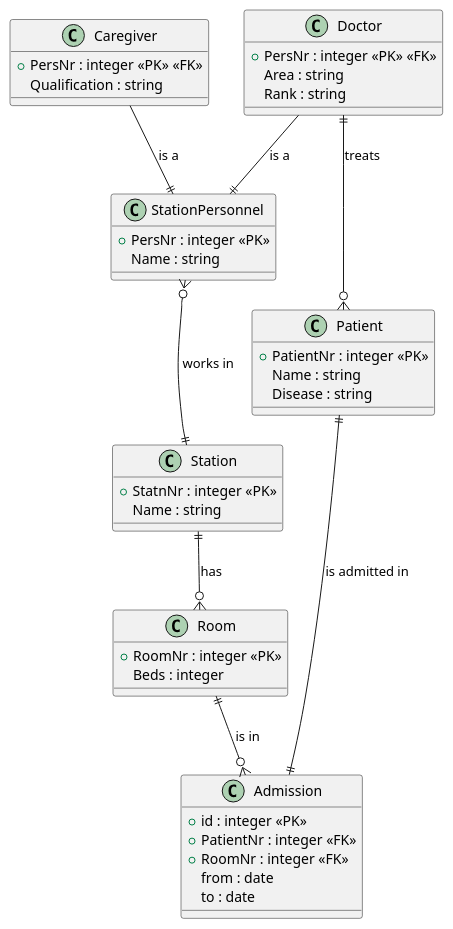
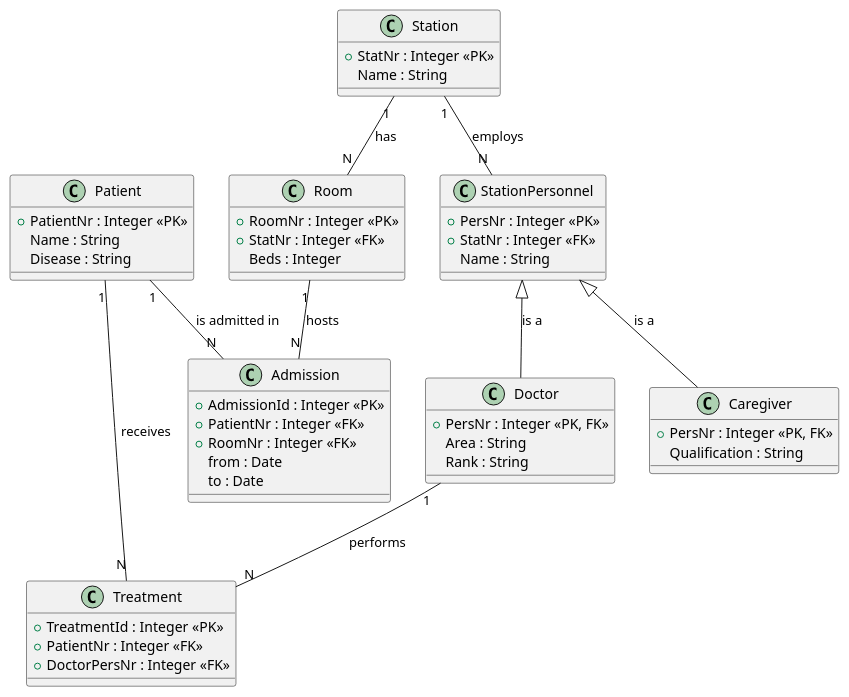
Before and after one commit to aspisov/Courses: the diagram in hse_databases/hw3/3.plantuml, drawn with PlantUML. The commit also changed 2831 other files, not shown here.

```diff
--- a/hse_databases/hw3/3.plantuml
+++ b/hse_databases/hw3/3.plantuml
@@ -1,51 +1,60 @@
 @startuml Hospital
 
 class Patient {
-    +PatientNr : integer <<PK>>
-    Name : string
-    Disease : string
+    +PatientNr : Integer <<PK>>
+    Name : String
+    Disease : String
 }
 
 class Room {
-    +RoomNr : integer <<PK>>
-    Beds : integer
+    +RoomNr : Integer <<PK>>
+    +StatNr : Integer <<FK>>
+    Beds : Integer
 }
 
 class Station {
-    +StatnNr : integer <<PK>>
-    Name : string
+    +StatNr : Integer <<PK>>
+    Name : String
 }
 
 class StationPersonnel {
-    +PersNr : integer <<PK>>
-    Name : string
+    +PersNr : Integer <<PK>>
+    +StatNr : Integer <<FK>>
+    Name : String
 }
 
 class Caregiver {
-    +PersNr : integer <<PK>> <<FK>>
-    Qualification : string
+    +PersNr : Integer <<PK, FK>>
+    Qualification : String
 }
 
 class Doctor {
-    +PersNr : integer <<PK>> <<FK>>
-    Area : string
-    Rank : string
+    +PersNr : Integer <<PK, FK>>
+    Area : String
+    Rank : String
 }
 
 class Admission {
-    +id : integer <<PK>>
-    +PatientNr : integer <<FK>>
-    +RoomNr : integer <<FK>>
-    from : date
-    to : date
+    +AdmissionId : Integer <<PK>>
+    +PatientNr : Integer <<FK>>
+    +RoomNr : Integer <<FK>>
+    from : Date
+    to : Date
 }
 
-Patient ||--|| Admission: "is admitted in"
-Room ||--o{ Admission: "is in"
-Station ||--o{ Room : "has"
-StationPersonnel }o--|| Station : "works in"
-Caregiver --|| StationPersonnel : "is a"
-Doctor --|| StationPersonnel : "is a"
-Doctor ||--o{ Patient : "treats"
+class Treatment {
+    +TreatmentId : Integer <<PK>>
+    +PatientNr : Integer <<FK>>
+    +DoctorPersNr : Integer <<FK>>
+}
+
+Patient "1" -- "N" Admission : "is admitted in"
+Room "1" -- "N" Admission : "hosts"
+Station "1" -- "N" Room : "has"
+Station "1" -- "N" StationPersonnel : "employs"
+StationPersonnel <|-- Caregiver : "is a"
+StationPersonnel <|-- Doctor : "is a"
+Doctor "1" -- "N" Treatment : "performs"
+Patient "1" -- "N" Treatment : "receives"
 
 @enduml
```
